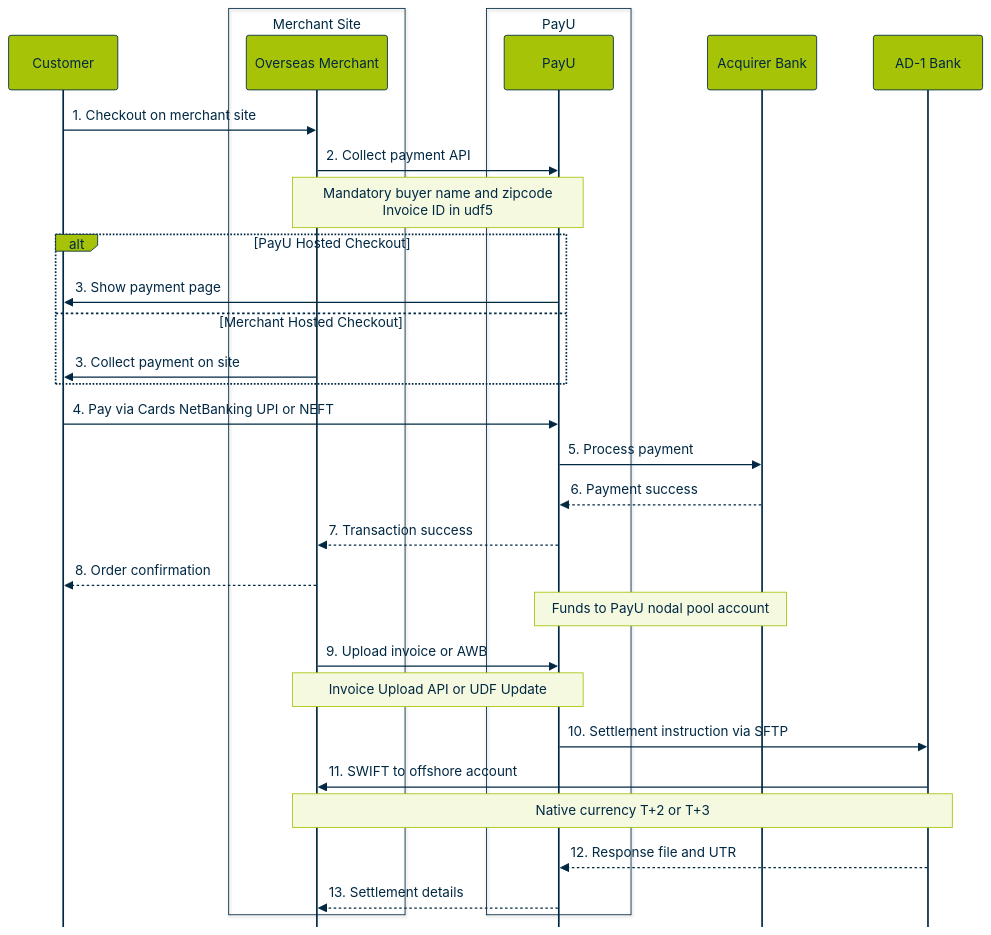
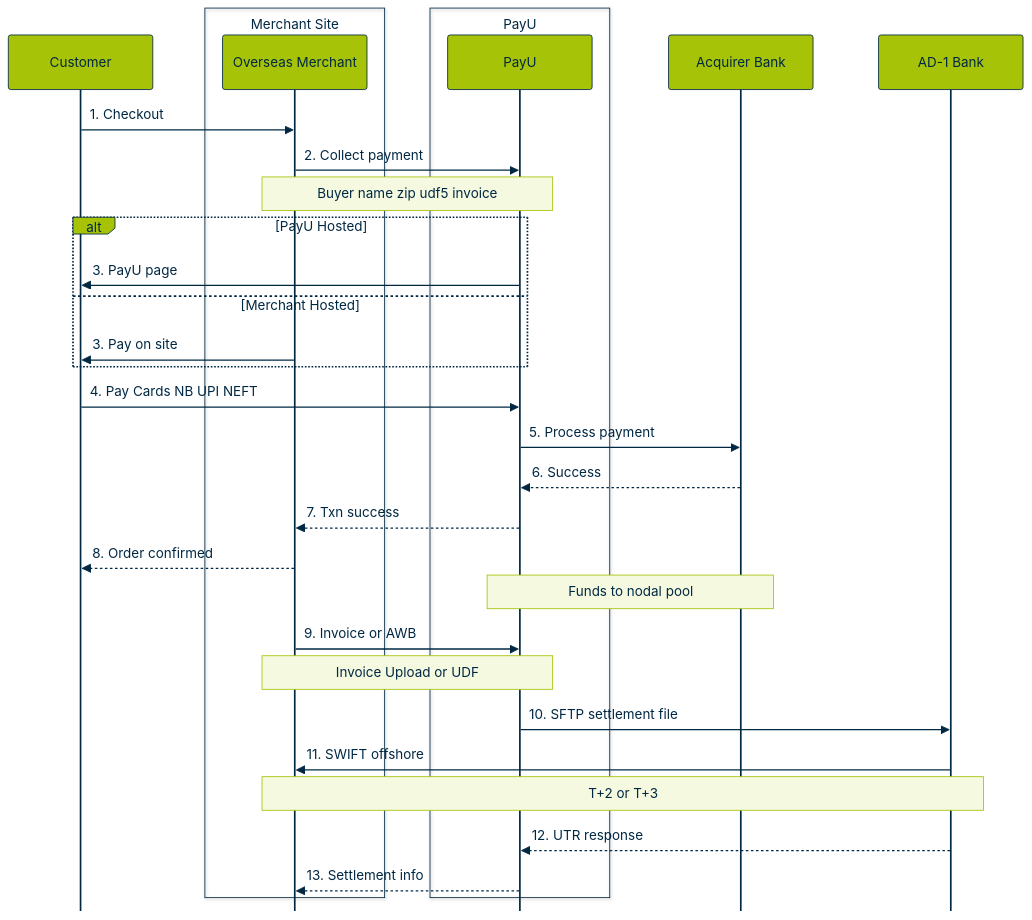
Before and after one commit to payu-india/CMS-Chatbot: the ninth of 17 diagrams in docs/RECYCLE BIN/internal-review-swimlane-diagrams.md, drawn with Mermaid. The commit also changed other lines of this file, not shown here.

Commit message:
Update doc `internal-review-swimlane-diagrams`

````diff
--- a/docs/RECYCLE BIN/internal-review-swimlane-diagrams.md
+++ b/docs/RECYCLE BIN/internal-review-swimlane-diagrams.md
@@ -602,79 +609,79 @@
 ```mermaid
 %%{init: {
   "theme": "base",
   "sequence": {
     "mirrorActors": false,
     "rightAngles": true,
     "messageAlign": "left",
     "fontSize": 10,
     "actorFontSize": 10,
     "noteFontSize": 10,
-    "actorMargin": 58,
-    "width": 130,
+    "actorMargin": 78,
+    "width": 172,
     "boxMargin": 8,
-    "messageMargin": 30,
-    "diagramMarginX": 40,
-    "diagramMarginY": 14
+    "messageMargin": 34,
+    "diagramMarginX": 48,
+    "diagramMarginY": 16
   },
   "themeVariables": {
     "fontFamily": "Arial, Helvetica, sans-serif",
     "fontSize": "10px",
     "background": "#FFFFFF",
     "primaryColor": "#A6C307",
     "primaryTextColor": "#002843",
     "primaryBorderColor": "#002843",
     "secondaryColor": "#F4F9E0",
     "lineColor": "#002843",
     "textColor": "#002843",
     "actorBkg": "#A6C307",
     "actorBorder": "#002843",
     "actorTextColor": "#002843",
     "signalColor": "#002843",
     "noteBkgColor": "#F4F9E0",
     "noteTextColor": "#002843",
     "noteBorderColor": "#A6C307",
     "activationBkgColor": "#E8F0C4",
     "activationBorderColor": "#002843"
   }
 }}%%
 sequenceDiagram
     participant Customer
     box Merchant Site
         participant Merchant as Overseas Merchant
     end
     box PayU
         participant PayU
     end
     participant Acquirer as Acquirer Bank
     participant AD1 as AD-1 Bank
 
-    Customer->>Merchant: 1. Checkout on merchant site
+    Customer->>Merchant: 1. Checkout
 
-    Merchant->>PayU: 2. Collect payment API
-    Note over Merchant,PayU: Mandatory buyer name and zipcode<br/>Invoice ID in udf5
+    Merchant->>PayU: 2. Collect payment
+    Note over Merchant,PayU: Buyer name zip udf5 invoice
 
-    alt PayU Hosted Checkout
-        PayU->>Customer: 3. Show payment page
-    else Merchant Hosted Checkout
-        Merchant->>Customer: 3. Collect payment on site
+    alt PayU Hosted
+        PayU->>Customer: 3. PayU page
+    else Merchant Hosted
+        Merchant->>Customer: 3. Pay on site
     end
 
-    Customer->>PayU: 4. Pay via Cards NetBanking UPI or NEFT
+    Customer->>PayU: 4. Pay Cards NB UPI NEFT
     PayU->>Acquirer: 5. Process payment
-    Acquirer-->>PayU: 6. Payment success
+    Acquirer-->>PayU: 6. Success
 
-    PayU-->>Merchant: 7. Transaction success
-    Merchant-->>Customer: 8. Order confirmation
+    PayU-->>Merchant: 7. Txn success
+    Merchant-->>Customer: 8. Order confirmed
 
-    Note over Acquirer,PayU: Funds to PayU nodal pool account
+    Note over Acquirer,PayU: Funds to nodal pool
 
-    Merchant->>PayU: 9. Upload invoice or AWB
-    Note over Merchant,PayU: Invoice Upload API or UDF Update
+    Merchant->>PayU: 9. Invoice or AWB
+    Note over Merchant,PayU: Invoice Upload or UDF
 
-    PayU->>AD1: 10. Settlement instruction via SFTP
-    AD1->>Merchant: 11. SWIFT to offshore account
-    Note over AD1,Merchant: Native currency T+2 or T+3
+    PayU->>AD1: 10. SFTP settlement file
+    AD1->>Merchant: 11. SWIFT offshore
+    Note over AD1,Merchant: T+2 or T+3
 
-    AD1-->>PayU: 12. Response file and UTR
-    PayU-->>Merchant: 13. Settlement details
+    AD1-->>PayU: 12. UTR response
+    PayU-->>Merchant: 13. Settlement info
 ```
````
